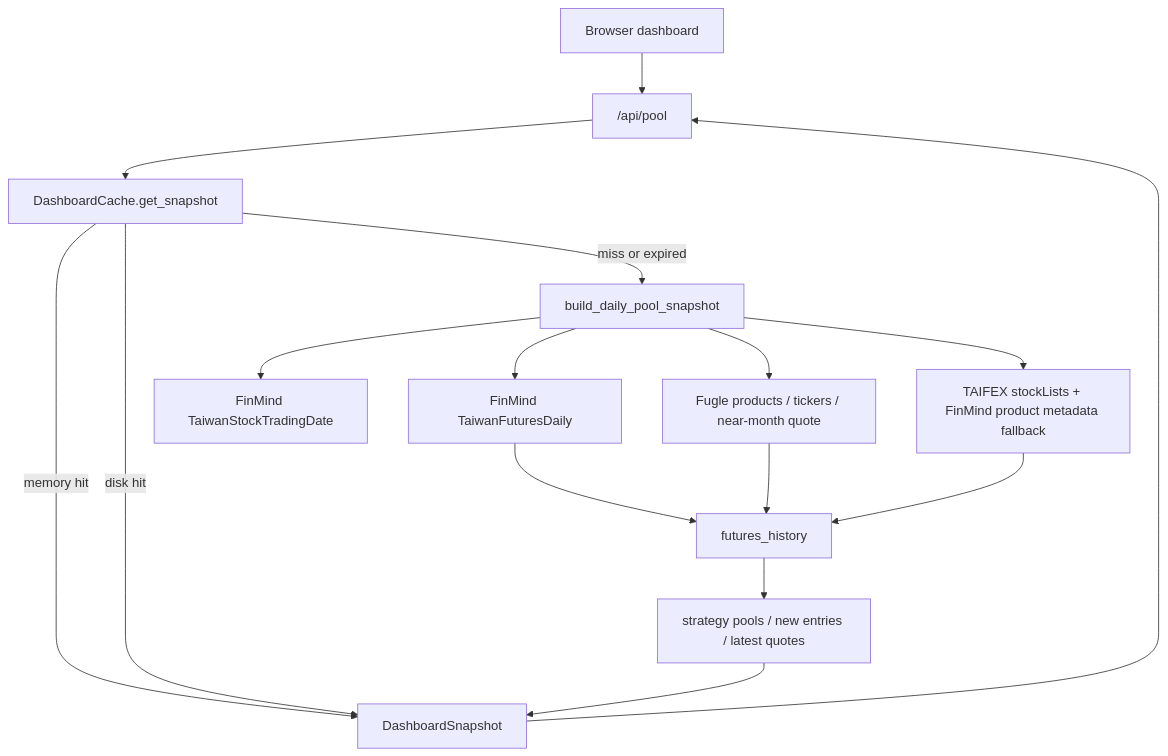
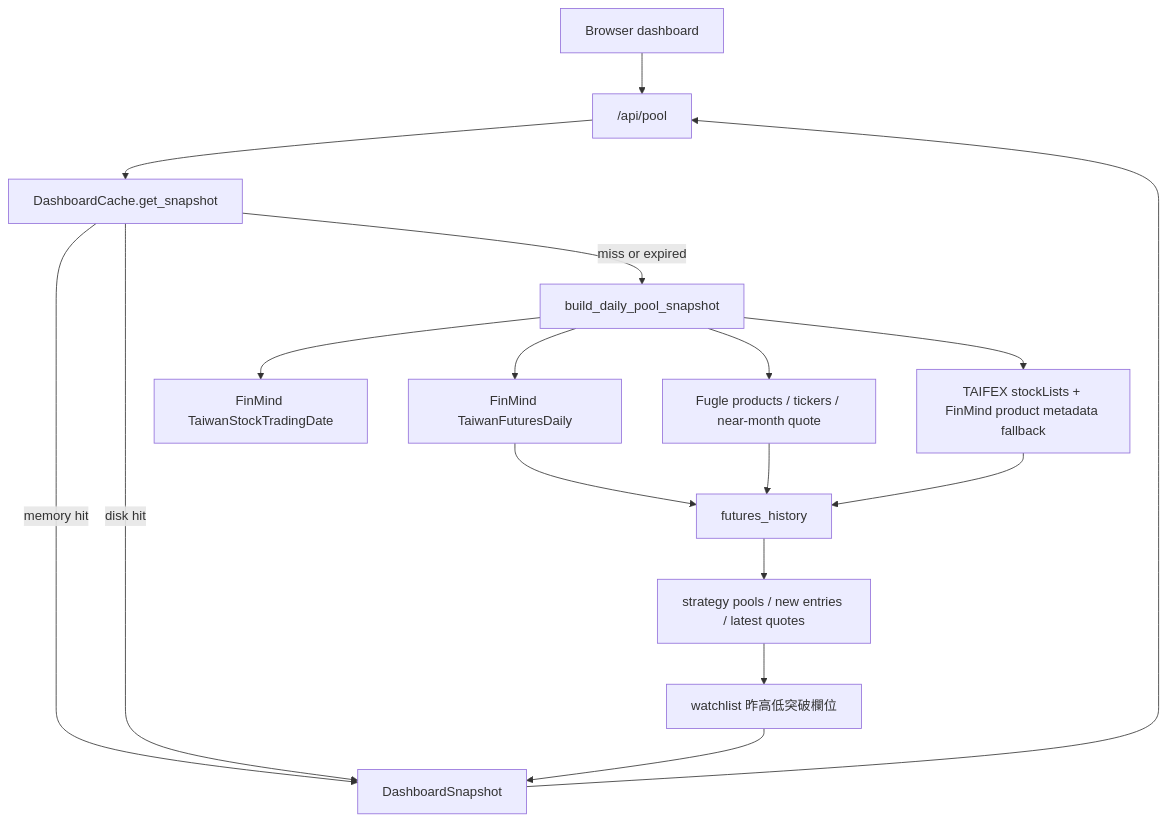
The diagram in docs/dashboard_cache_flow.md (seanlty/quant-assistant), drawn with Mermaid before and after one commit. The commit also changed other lines of this file and 3 other files, not shown here.

````diff
--- a/docs/dashboard_cache_flow.md
+++ b/docs/dashboard_cache_flow.md
@@ -20,18 +20,19 @@
 ```mermaid
 flowchart TD
   Browser["Browser dashboard"] --> API["/api/pool"]
   API --> Cache["DashboardCache.get_snapshot"]
   Cache -->|memory hit| Snapshot["DashboardSnapshot"]
   Cache -->|disk hit| Snapshot
   Cache -->|miss or expired| Build["build_daily_pool_snapshot"]
   Build --> TradingDates["FinMind TaiwanStockTradingDate"]
   Build --> FuturesDaily["FinMind TaiwanFuturesDaily"]
   Build --> Fugle["Fugle products / tickers / near-month quote"]
   Build --> Contracts["TAIFEX stockLists + FinMind product metadata fallback"]
   FuturesDaily --> History["futures_history"]
   Fugle --> History
   Contracts --> History
   History --> Pools["strategy pools / new entries / latest quotes"]
-  Pools --> Snapshot
-  Snapshot --> API
+   Pools --> Breakout["watchlist 昨高低突破欄位"]
+   Breakout --> Snapshot
+   Snapshot --> API
 ```
````
